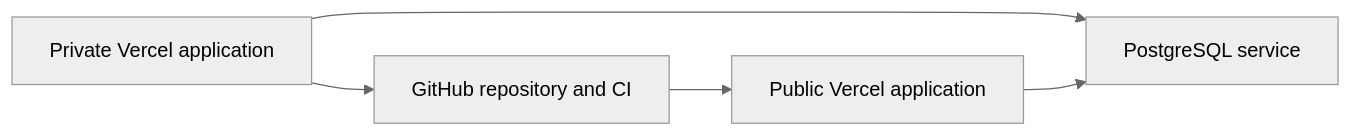
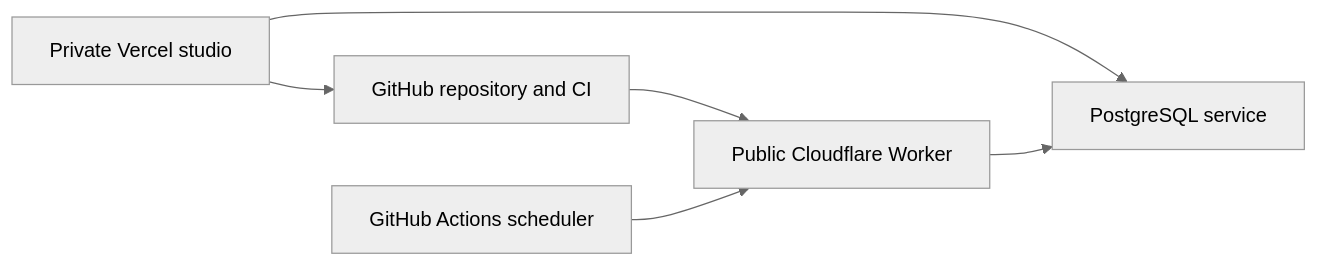
The diagram in docs/music.md (WillieCubed/website), drawn with Mermaid (neutral theme) before and after one commit. The commit also changed other lines of this file and 14 other files, not shown here.

First line of the commit message:
fix(music): Configure refresh on the public Worker

````diff
--- a/docs/music.md
+++ b/docs/music.md
@@ -21,7 +22,8 @@
 ```mermaid
 flowchart LR
-  Admin[Private Vercel application] --> Database[PostgreSQL service]
+  Admin[Private Vercel studio] --> Database[PostgreSQL service]
   Admin --> GitHub[GitHub repository and CI]
-  GitHub --> Public[Public Vercel application]
+  GitHub --> Public[Public Cloudflare Worker]
   Public --> Database
+  Schedule[GitHub Actions scheduler] --> Public
 ```
````
